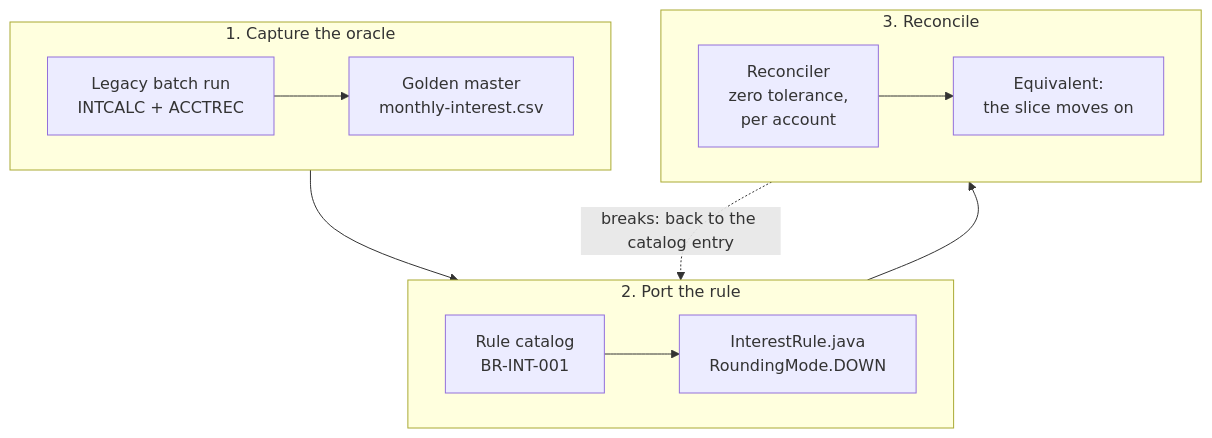
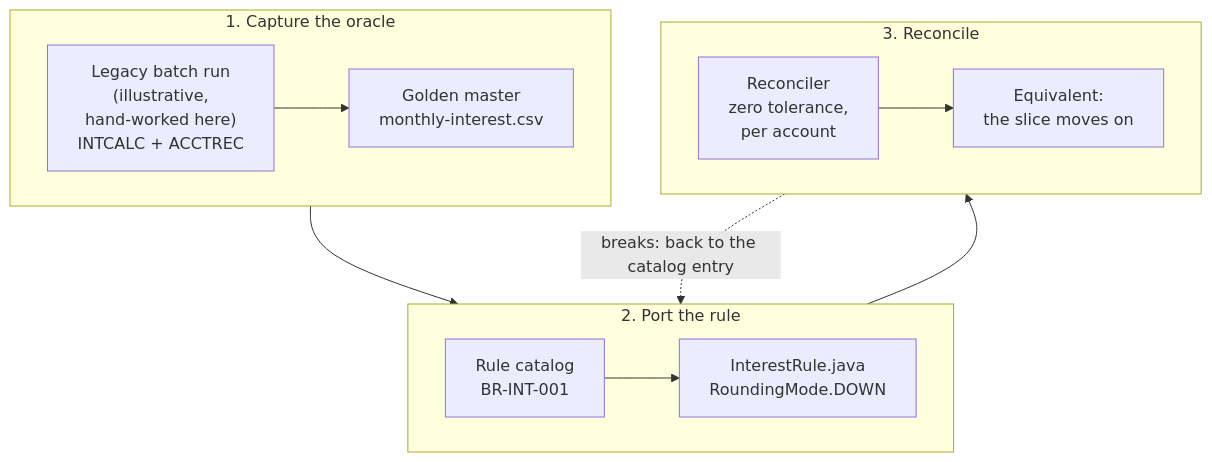
The diagram in docs/articles/devto/diagrams/golden-master-loop.mmd (wallaceespindola/banking-modernization-with-ai), drawn with Mermaid before and after one commit. The commit also changed 34 other files, not shown here.

First line of the commit message:
Apply series review fixes across articles, diagrams and deck

```diff
--- a/docs/articles/devto/diagrams/golden-master-loop.mmd
+++ b/docs/articles/devto/diagrams/golden-master-loop.mmd
@@ -1,16 +1,16 @@
 flowchart TB
     subgraph CAPTURE["1. Capture the oracle"]
         direction LR
-        RUN["Legacy batch run<br/>INTCALC + ACCTREC"] --> CSV["Golden master<br/>monthly-interest.csv"]
+        RUN["Legacy batch run<br/>(illustrative,<br/>hand-worked here)<br/>INTCALC + ACCTREC"] --> CSV["Golden master<br/>monthly-interest.csv"]
     end
     subgraph PORT["2. Port the rule"]
         direction LR
         CAT["Rule catalog<br/>BR-INT-001"] --> JAVA["InterestRule.java<br/>RoundingMode.DOWN"]
     end
     subgraph CHECK["3. Reconcile"]
         direction LR
         REC["Reconciler<br/>zero tolerance,<br/>per account"] --> OK["Equivalent:<br/>the slice moves on"]
     end
     CAPTURE --> PORT
     PORT --> CHECK
     CHECK -.->|"breaks: back to the catalog entry"| PORT
```
